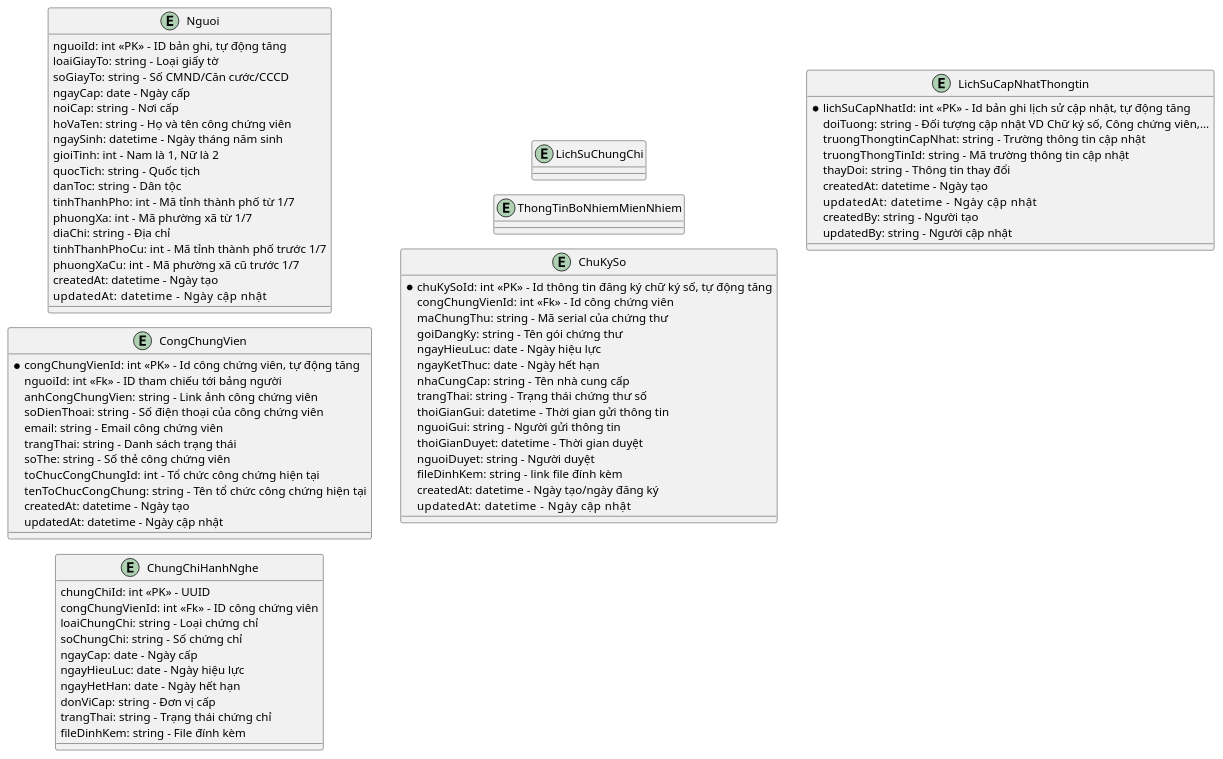
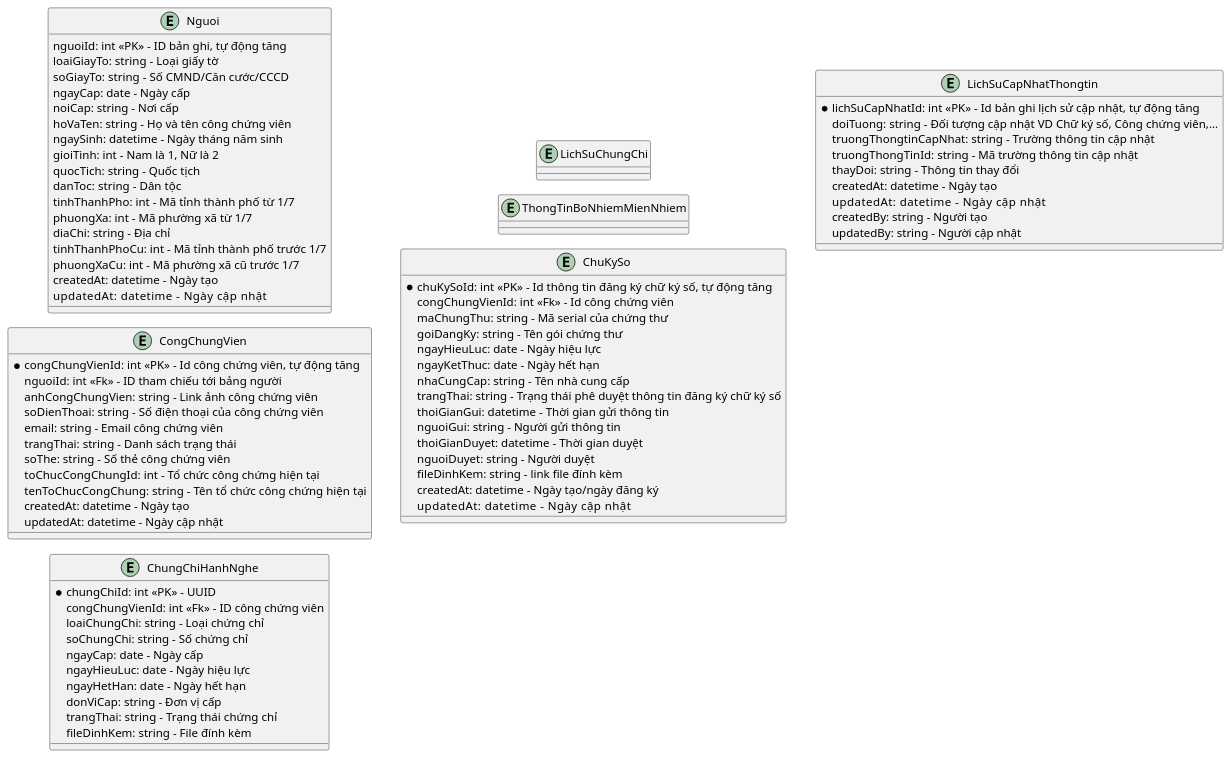
The diagram in Quản lý công chứng viên/3.ldm.puml (alvinnguyen9820-prog/CSDL-Cong-Chung), drawn with PlantUML before and after one commit. The commit also changed 20 other files, not shown here.

```diff
--- a/Quản lý công chứng viên/3.ldm.puml
+++ b/Quản lý công chứng viên/3.ldm.puml
@@ -1,90 +1,91 @@
 @startuml ldm
 !pragma layout smetana
 left to right direction
 
 entity Nguoi
 entity CongChungVien
 entity ChungChiHanhNghe
 entity LichSuChungChi
 entity ThongTinBoNhiemMienNhiem
 entity ChuKySo
 entity LichSuCapNhatThongtin
 
 entity Nguoi {
   nguoiId: int <<PK>> - ID bản ghi, tự động tăng
   loaiGiayTo: string - Loại giấy tờ
   soGiayTo: string - Số CMND/Căn cước/CCCD 
   ngayCap: date - Ngày cấp
   noiCap: string - Nơi cấp
   hoVaTen: string - Họ và tên công chứng viên
   ngaySinh: datetime - Ngày tháng năm sinh
   gioiTinh: int - Nam là 1, Nữ là 2
   quocTich: string - Quốc tịch
   danToc: string - Dân tộc
   tinhThanhPho: int - Mã tỉnh thành phố từ 1/7
   phuongXa: int - Mã phường xã từ 1/7
   diaChi: string - Địa chỉ
   tinhThanhPhoCu: int - Mã tỉnh thành phố trước 1/7
   phuongXaCu: int - Mã phường xã cũ trước 1/7
   createdAt: datetime - Ngày tạo
   updatedAt: datetime      - Ngày cập nhật
 }
 
 entity CongChungVien {
   *congChungVienId: int <<PK>> - Id công chứng viên, tự động tăng
   nguoiId: int <<Fk>> - ID tham chiếu tới bảng người
   anhCongChungVien: string - Link ảnh công chứng viên
   soDienThoai: string - Số điện thoại của công chứng viên
   email: string - Email công chứng viên
   trangThai: string - Danh sách trạng thái
   soThe: string - Số thẻ công chứng viên
   toChucCongChungId: int - Tổ chức công chứng hiện tại
   tenToChucCongChung: string - Tên tổ chức công chứng hiện tại
   createdAt: datetime - Ngày tạo
   updatedAt: datetime - Ngày cập nhật
 
 }
+
 entity ChungChiHanhNghe {
-  chungChiId: int <<PK>> - UUID
+  *chungChiId: int <<PK>> - UUID
   congChungVienId: int <<Fk>> - ID công chứng viên
   loaiChungChi: string - Loại chứng chỉ
   soChungChi: string - Số chứng chỉ
   ngayCap: date - Ngày cấp
   ngayHieuLuc: date - Ngày hiệu lực
   ngayHetHan: date - Ngày hết hạn
   donViCap: string - Đơn vị cấp
   trangThai: string - Trạng thái chứng chỉ
   fileDinhKem: string - File đính kèm
 }
 
 entity ChuKySo {
   *chuKySoId: int <<PK>> - Id thông tin đăng ký chữ ký số, tự động tăng
   congChungVienId: int <<Fk>> - Id công chứng viên
   maChungThu: string - Mã serial của chứng thư
   goiDangKy: string - Tên gói chứng thư
   ngayHieuLuc: date - Ngày hiệu lực
   ngayKetThuc: date - Ngày hết hạn
   nhaCungCap: string - Tên nhà cung cấp
-  trangThai: string - Trạng thái chứng thư số
+  trangThai: string - Trạng thái phê duyệt thông tin đăng ký chữ ký số
   thoiGianGui: datetime - Thời gian gửi thông tin
   nguoiGui: string - Người gửi thông tin
   thoiGianDuyet: datetime - Thời gian duyệt
   nguoiDuyet: string - Người duyệt
   fileDinhKem: string - link file đính kèm
   createdAt: datetime - Ngày tạo/ngày đăng ký
   updatedAt: datetime      - Ngày cập nhật
 }
 
 entity LichSuCapNhatThongtin {
   *lichSuCapNhatId: int <<PK>> - Id bản ghi lịch sử cập nhật, tự động tăng
   doiTuong: string - Đối tượng cập nhật VD Chữ ký số, Công chứng viên,...
   truongThongtinCapNhat: string - Trường thông tin cập nhật
   truongThongTinId: string - Mã trường thông tin cập nhật
   thayDoi: string - Thông tin thay đổi
   createdAt: datetime - Ngày tạo
   updatedAt: datetime      - Ngày cập nhật
   createdBy: string - Người tạo
   updatedBy: string - Người cập nhật
 }
 
 @enduml
```
